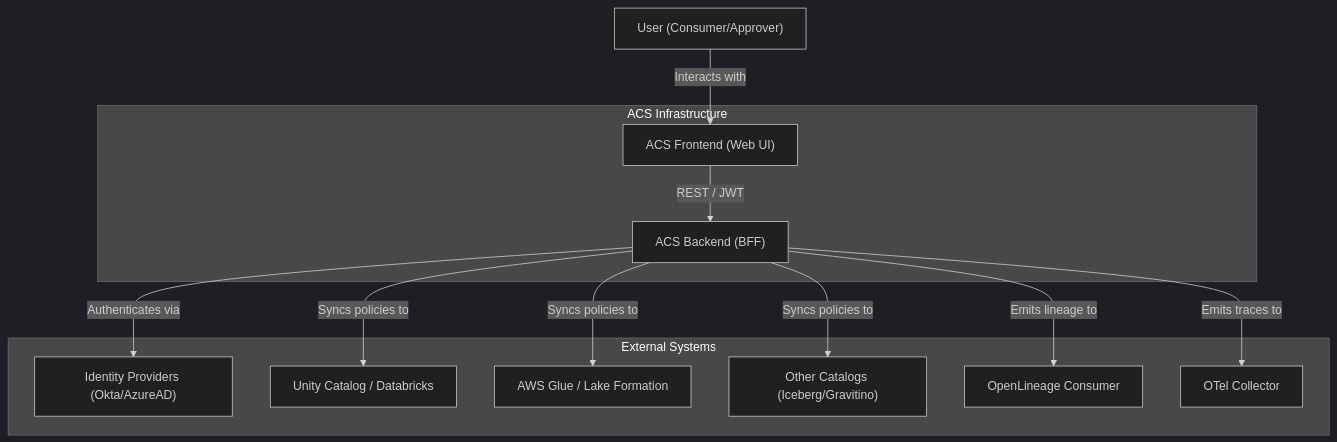
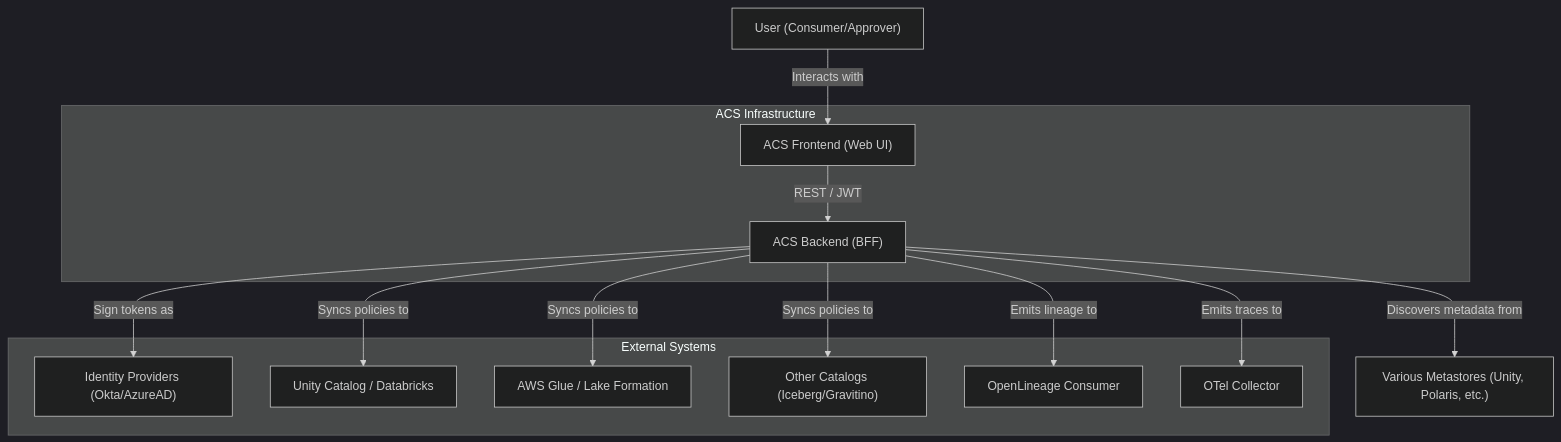
The first of 2 diagrams in src/site/markdown/architecture.md (rhlowery/acs-backend), drawn with Mermaid (dark theme) before and after one commit. The commit also changed other lines of this file and 13 other files, not shown here.

````diff
--- a/src/site/markdown/architecture.md
+++ b/src/site/markdown/architecture.md
@@ -9,25 +9,26 @@
 ```mermaid
 graph TD
     subgraph "External Systems"
         IDP["Identity Providers (Okta/AzureAD)"]
         UC["Unity Catalog / Databricks"]
         Glue["AWS Glue / Lake Formation"]
         Other["Other Catalogs (Iceberg/Gravitino)"]
         Lineage["OpenLineage Consumer"]
         OTel["OTel Collector"]
     end
 
     subgraph "ACS Infrastructure"
         UI["ACS Frontend (Web UI)"]
         BFF["ACS Backend (BFF)"]
     end
 
     User["User (Consumer/Approver)"] -- "Interacts with" --> UI
     UI -- "REST / JWT" --> BFF
-    BFF -- "Authenticates via" --> IDP
+    BFF -- "Sign tokens as" --> IDP
     BFF -- "Syncs policies to" --> UC
     BFF -- "Syncs policies to" --> Glue
     BFF -- "Syncs policies to" --> Other
     BFF -- "Emits traces to" --> OTel
     BFF -- "Emits lineage to" --> Lineage
+    BFF -- "Discovers metadata from" --> Metastores["Various Metastores (Unity, Polaris, etc.)"]
 ```
````
